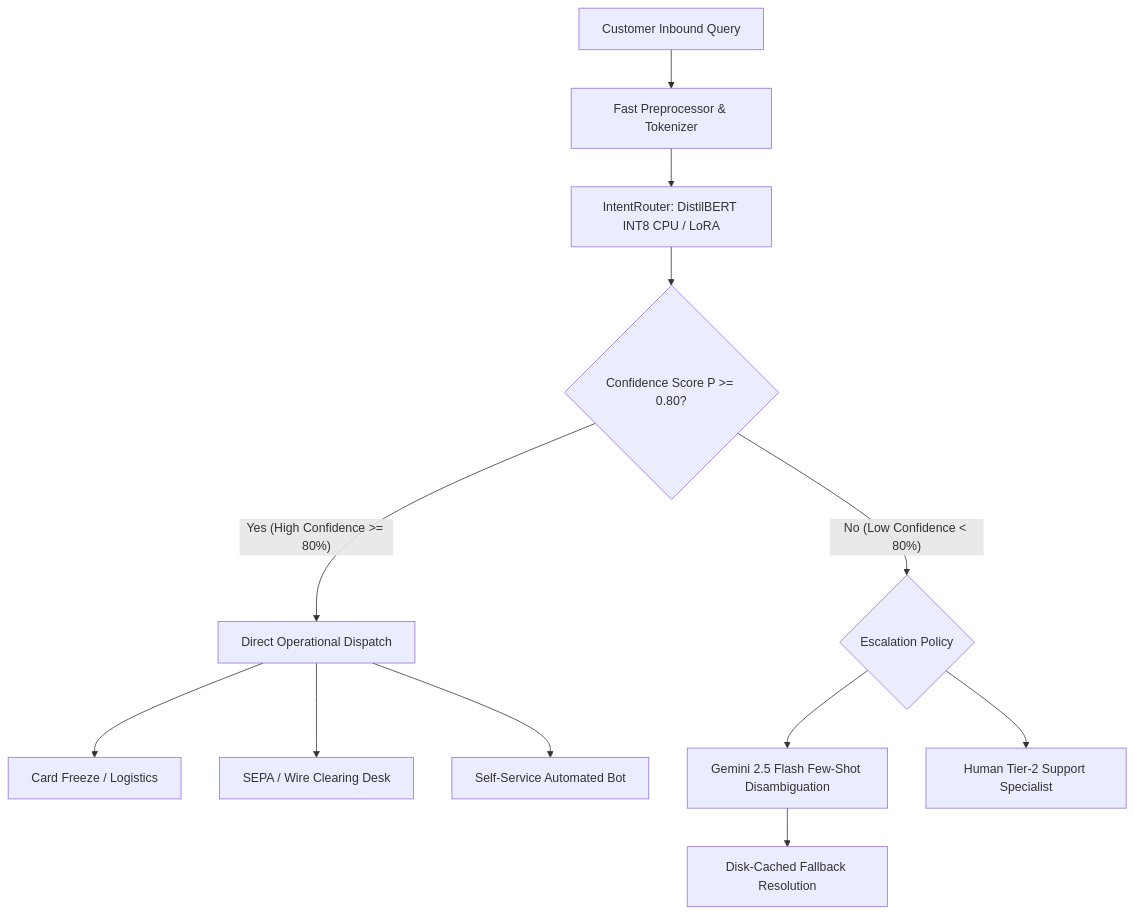
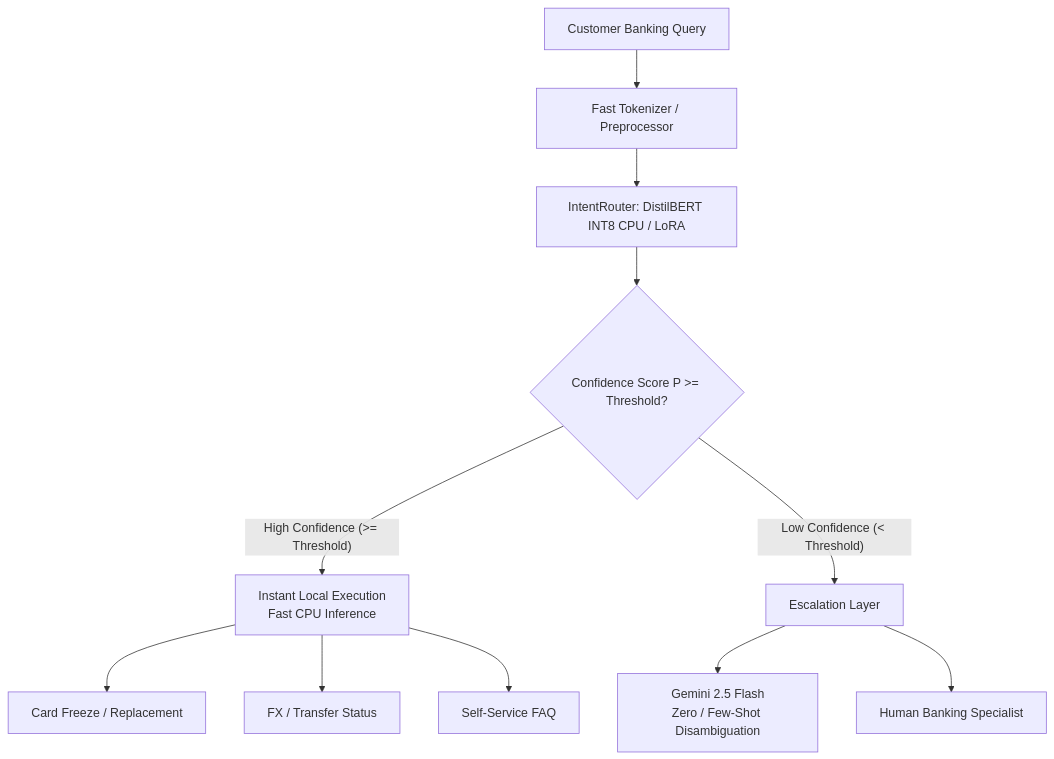
The diagram in README.md (30nikamvaishnavi/IntentRouter), drawn with Mermaid before and after one commit. The commit also changed other lines of this file and 2 other files, not shown here.

````diff
--- a/README.md
+++ b/README.md
@@ -26,18 +20,16 @@
 ```mermaid
 flowchart TD
-    A[Customer Inbound Query] --> B[Fast Preprocessor & Tokenizer]
+    A[Customer Banking Query] --> B[Fast Tokenizer / Preprocessor]
     B --> C[IntentRouter: DistilBERT INT8 CPU / LoRA]
     
-    C --> D{Confidence Score P >= 0.80?}
+    C --> D{Confidence Score P >= Threshold?}
     
-    D -- "Yes (High Confidence >= 80%)" --> E[Direct Operational Dispatch]
-    E --> E1[Card Freeze / Logistics]
-    E --> E2[SEPA / Wire Clearing Desk]
-    E --> E3[Self-Service Automated Bot]
+    D -- "High Confidence (>= Threshold)" --> E[Instant Local Execution\nFast CPU Inference]
+    E --> E1[Card Freeze / Replacement]
+    E --> E2[FX / Transfer Status]
+    E --> E3[Self-Service FAQ]
     
-    D -- "No (Low Confidence < 80%)" --> F{Escalation Policy}
-    F --> G[Gemini 2.5 Flash Few-Shot Disambiguation]
-    F --> H[Human Tier-2 Support Specialist]
-    
-    G --> I[Disk-Cached Fallback Resolution]
+    D -- "Low Confidence (< Threshold)" --> F[Escalation Layer]
+    F --> G[Gemini 2.5 Flash\nZero / Few-Shot Disambiguation]
+    F --> H[Human Banking Specialist]
 ```
````
